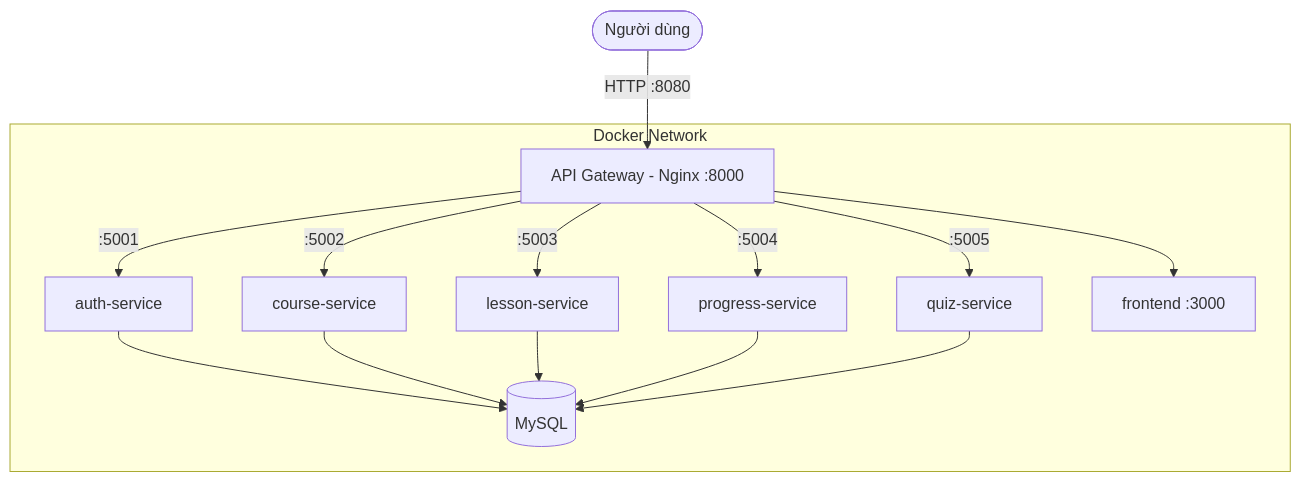
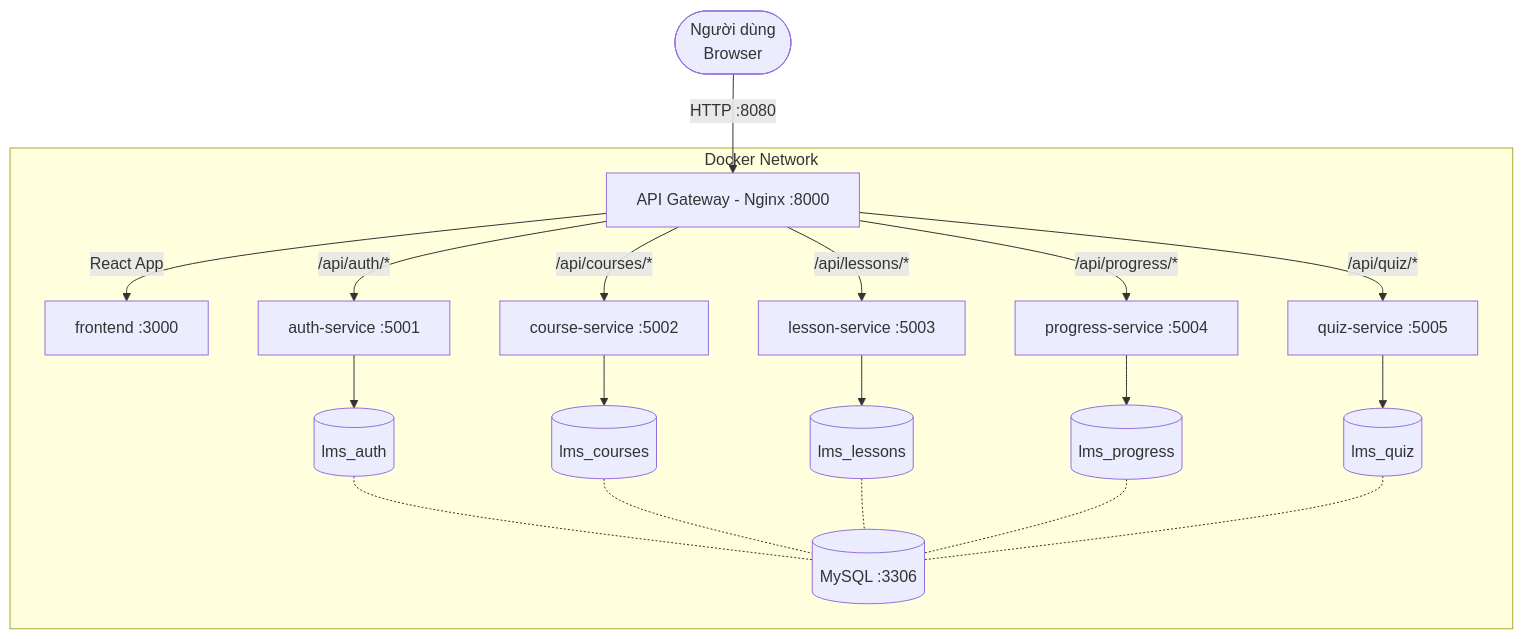
The diagram in README.md (thacanh/LMS), drawn with Mermaid before and after one commit. The commit also changed 10 other files, not shown here.

````diff
--- a/README.md
+++ b/README.md
@@ -33,20 +33,23 @@
 ```mermaid
 graph TB
-    U([Người dùng]) -->|HTTP :8080| GW
+    U([Người dùng\nBrowser]) -->|HTTP :8080| GW
 
     subgraph Docker Network
         GW[API Gateway - Nginx :8000]
-        GW -->|:5001| AUTH[auth-service]
-        GW -->|:5002| COURSE[course-service]
-        GW -->|:5003| LESSON[lesson-service]
-        GW -->|:5004| PROGRESS[progress-service]
-        GW -->|:5005| QUIZ[quiz-service]
-        GW --> FE[frontend :3000]
 
-        AUTH --> DB[(MySQL)]
-        COURSE --> DB
-        LESSON --> DB
-        PROGRESS --> DB
-        QUIZ --> DB
+        GW -->|React App| FE[frontend :3000]
+        GW -->|/api/auth/*| AUTH[auth-service :5001]
+        GW -->|/api/courses/*| COURSE[course-service :5002]
+        GW -->|/api/lessons/*| LESSON[lesson-service :5003]
+        GW -->|/api/progress/*| PROGRESS[progress-service :5004]
+        GW -->|/api/quiz/*| QUIZ[quiz-service :5005]
+
+        AUTH --> DB1[(lms_auth)]
+        COURSE --> DB2[(lms_courses)]
+        LESSON --> DB3[(lms_lessons)]
+        PROGRESS --> DB4[(lms_progress)]
+        QUIZ --> DB5[(lms_quiz)]
+
+        DB1 & DB2 & DB3 & DB4 & DB5 -.- MYSQL[(MySQL :3306)]
     end
 ```
````
